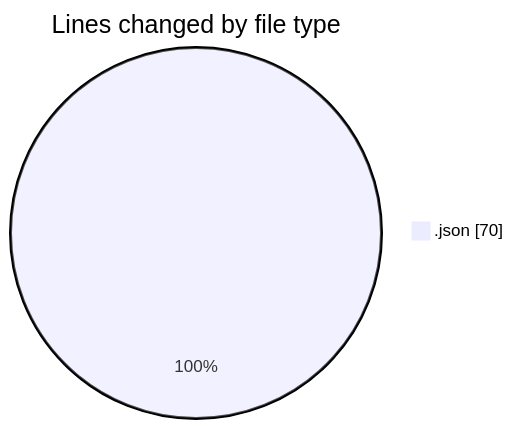
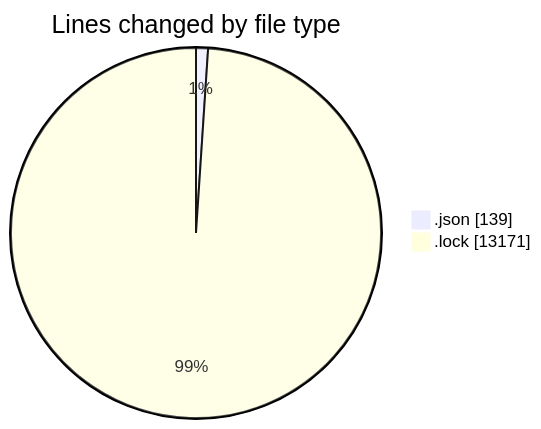
Before and after one commit to momahboobian/code-tracking: the first of 2 diagrams in 2025-01-28/cda/README.md, drawn with Mermaid. The commit also changed other lines of this file and 1 other file, not shown here.

````diff
--- a/2025-01-28/cda/README.md
+++ b/2025-01-28/cda/README.md
@@ -20,5 +22,6 @@
 ```mermaid
 pie showData
 title Lines changed by file type
-".json" : 70
+".json" : 139
+".lock" : 13171
 ```
````
